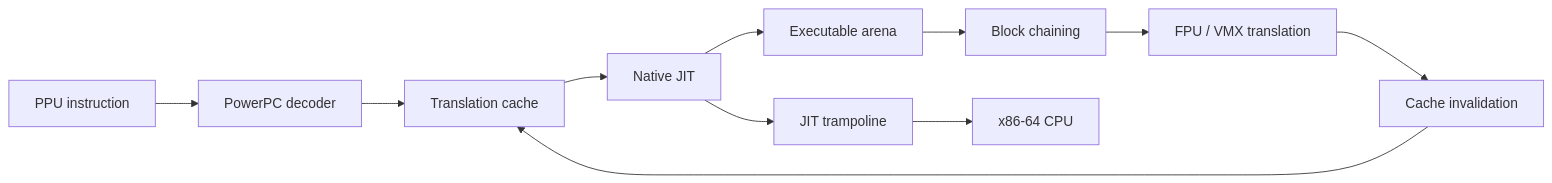
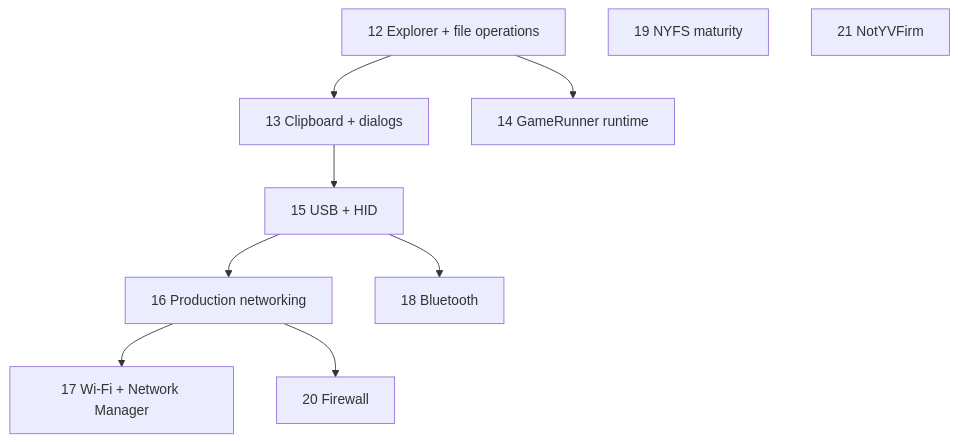
Before and after one commit to NotY215/NotYVOS: diagram 39 of 39 in docs/data flow.md, drawn with Mermaid. The commit also changed other lines of this file, not shown here.

Commit message:
docs: rebuild data-flow status

````diff
--- a/docs/data flow.md
+++ b/docs/data flow.md
@@ -2171,13 +602,12 @@
 ```mermaid
-flowchart LR
-    PPC[PPU instruction] --> DEC[PowerPC decoder]
-    DEC --> CACHE[Translation cache]
-    CACHE --> JIT[Native JIT]
-    JIT --> ARENA[Executable arena]
-    ARENA --> CHAIN[Block chaining]
-    CHAIN --> FPU[FPU / VMX translation]
-    FPU --> INVALID[Cache invalidation]
-    INVALID --> CACHE
-    JIT --> TRAMP[JIT trampoline]
-    TRAMP --> CPU[x86-64 CPU]
+flowchart TD
+    P12[12 Explorer + file operations] --> P13[13 Clipboard + dialogs]
+    P12 --> P14[14 GameRunner runtime]
+    P13 --> P15[15 USB + HID]
+    P15 --> P16[16 Production networking]
+    P16 --> P17[17 Wi-Fi + Network Manager]
+    P15 --> P18[18 Bluetooth]
+    P16 --> P20[20 Firewall]
+    P19[19 NYFS maturity]
+    P21[21 NotYVFirm]
 ```
````
